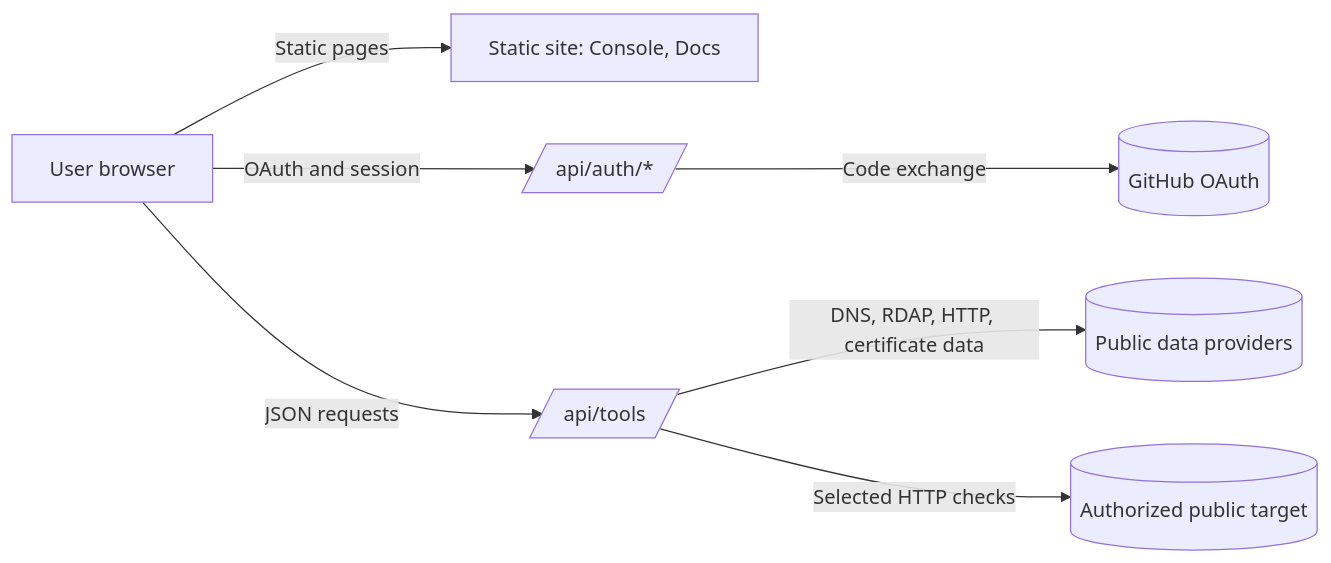
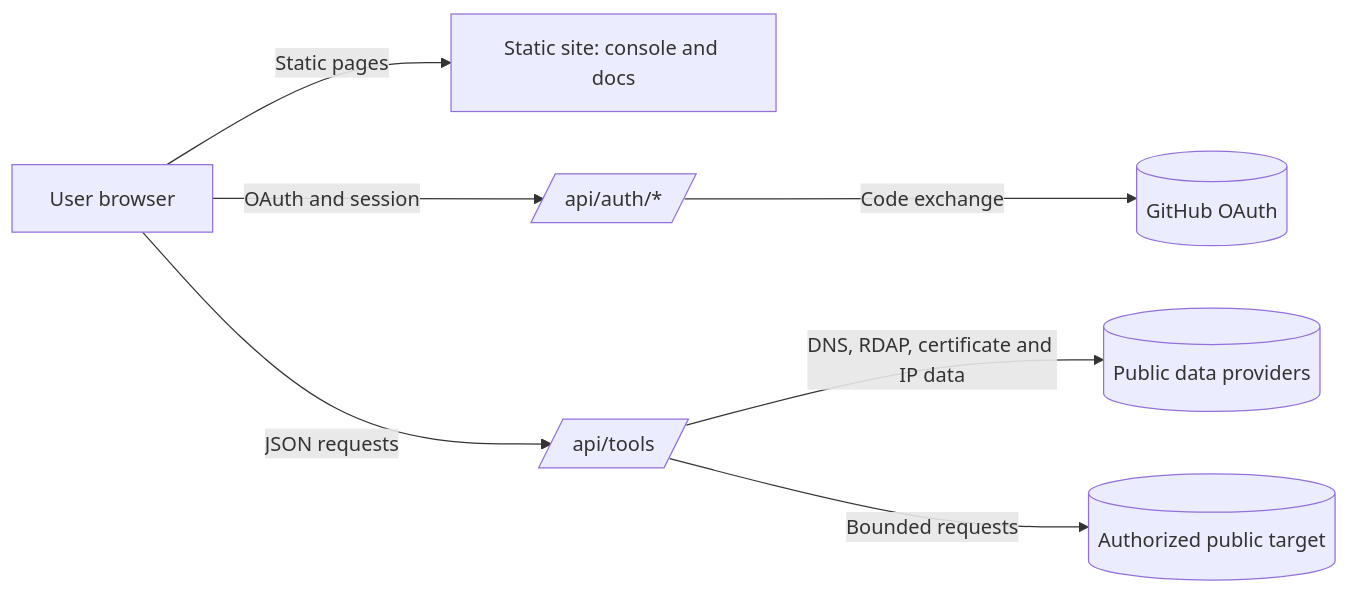
Before and after one commit to Qustylex/Qustylex: the diagram in README.md, drawn with Mermaid. The commit also changed other lines of this file, not shown here.

````diff
--- a/README.md
+++ b/README.md
@@ -405,9 +410,9 @@
 ```mermaid
 flowchart LR
-    U[User browser] -->|Static pages| S[Static site: Console, Docs]
+    U[User browser] -->|Static pages| S[Static site: console and docs]
     U -->|OAuth and session| A[/api/auth/*/]
     U -->|JSON requests| T[/api/tools/]
     A -->|Code exchange| G[(GitHub OAuth)]
-    T -->|DNS, RDAP, HTTP, certificate data| P[(Public data providers)]
-    T -->|Selected HTTP checks| X[(Authorized public target)]
+    T -->|DNS, RDAP, certificate and IP data| P[(Public data providers)]
+    T -->|Bounded requests| X[(Authorized public target)]
 ```
````
